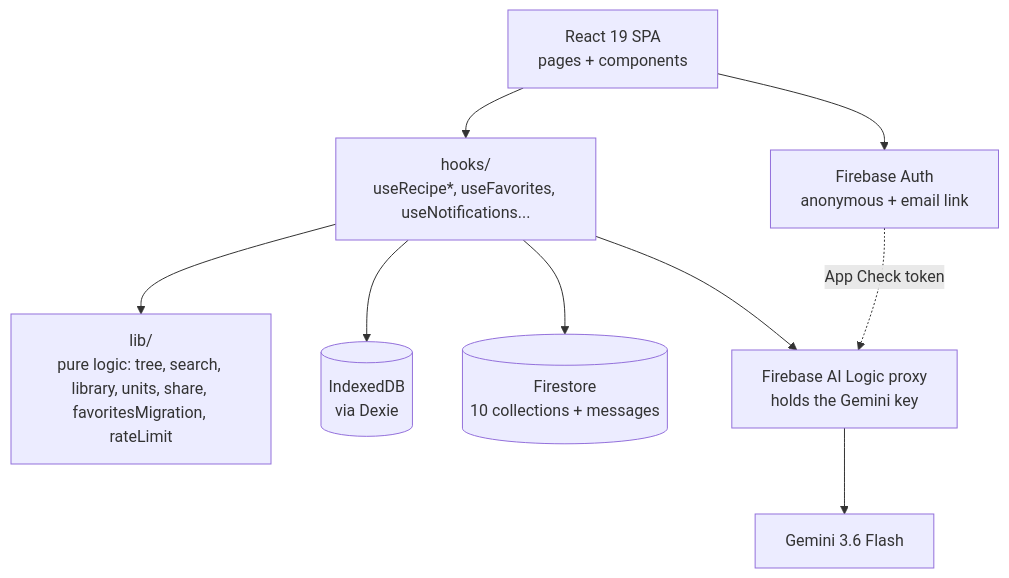
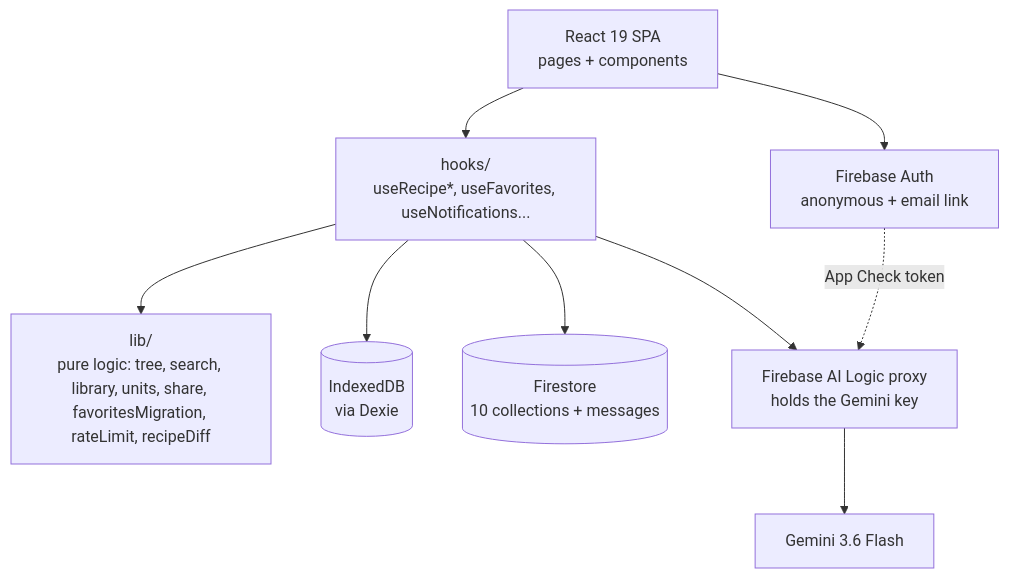
One commit to hpeppitt/recipe-app changed the diagram in docs/architecture.md. Above: the diagram before and after it, drawn with Mermaid. The commit also changed other lines of this file and 4 other files, not shown here.

First line of the commit message:
RL-066: A pure diffRecipes and summariseChanges describe what a branch changed from its parent

````diff
--- a/docs/architecture.md
+++ b/docs/architecture.md
@@ -12,20 +12,20 @@
 ```mermaid
 flowchart TD
     UI[React 19 SPA<br/>pages + components]
     Hooks[hooks/<br/>useRecipe*, useFavorites, useNotifications...]
-    Lib[lib/<br/>pure logic: tree, search, library, units, share, favoritesMigration, rateLimit]
+    Lib[lib/<br/>pure logic: tree, search, library, units, share, favoritesMigration, rateLimit, recipeDiff]
     Dexie[(IndexedDB<br/>via Dexie)]
     FS[(Firestore<br/>10 collections + messages)]
     Auth[Firebase Auth<br/>anonymous + email link]
     AILogic[Firebase AI Logic proxy<br/>holds the Gemini key]
     Gemini[Gemini 3.6 Flash]
 
     UI --> Hooks
     Hooks --> Lib
     Hooks --> Dexie
     Hooks --> FS
     Hooks --> AILogic
     UI --> Auth
     AILogic --> Gemini
     Auth -. App Check token .-> AILogic
 ```
````
